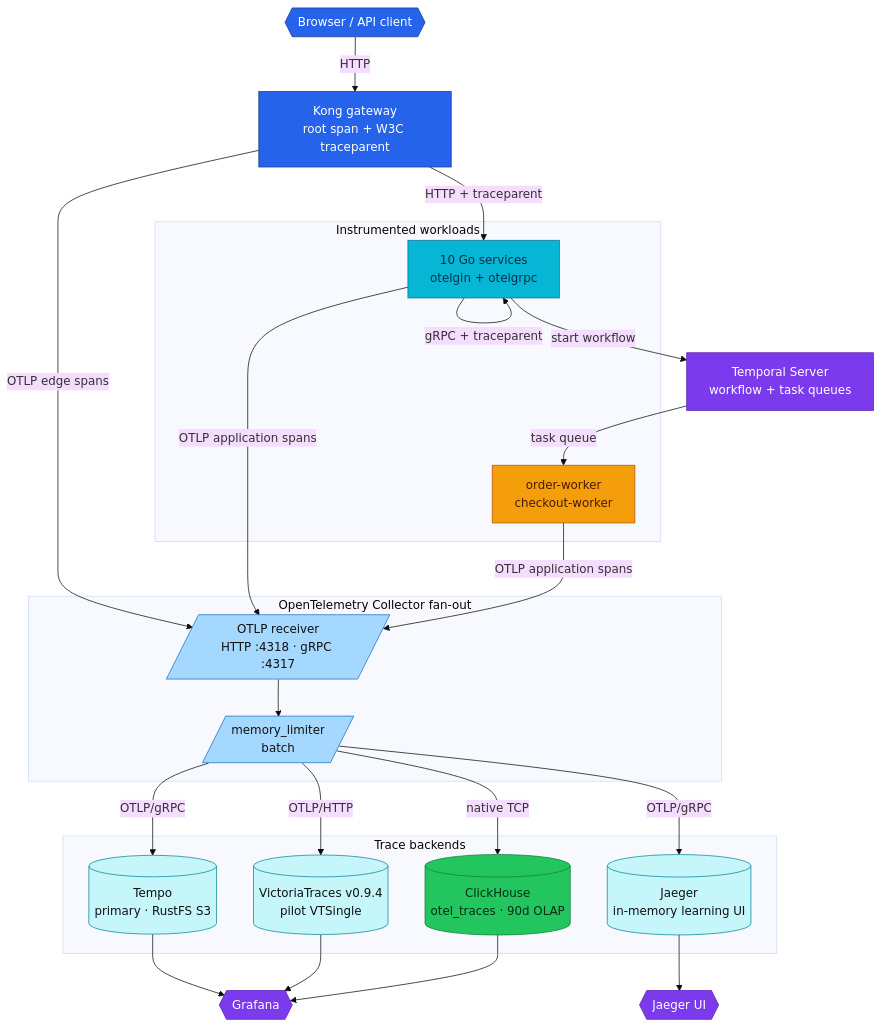
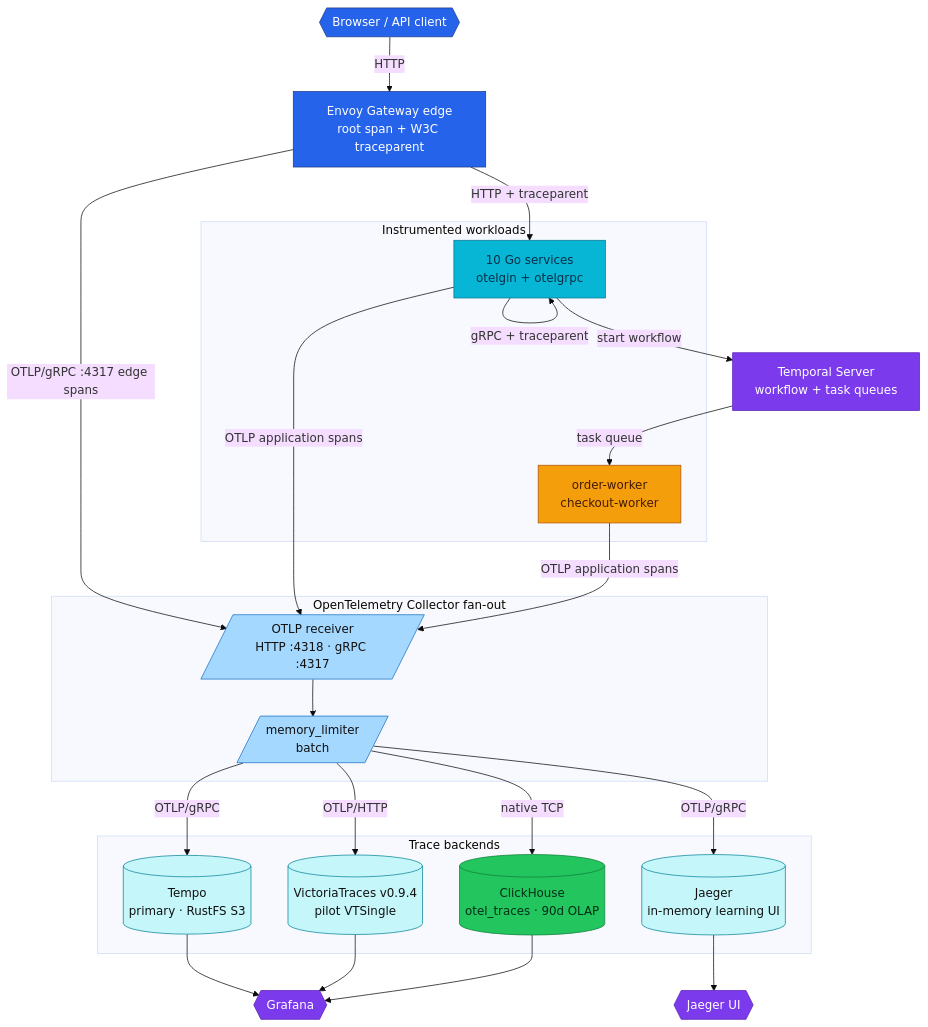
Before and after one commit to duynhlab/homelab: the first of 2 diagrams in docs/observability/tracing/architecture.md, drawn with Mermaid (base theme). The commit also changed other lines of this file and 30 other files, not shown here.

````diff
--- a/docs/observability/tracing/architecture.md
+++ b/docs/observability/tracing/architecture.md
@@ -11,59 +11,59 @@
 ```mermaid
 flowchart TB
     Client{{"Browser / API client"}}
-    Kong["Kong gateway<br/>root span + W3C traceparent"]
+    Edge["Envoy Gateway edge<br/>root span + W3C traceparent"]
 
     subgraph workloads["Instrumented workloads"]
         Services["10 Go services<br/>otelgin + otelgrpc"]
         Workers["order-worker<br/>checkout-worker"]
     end
     Temporal["Temporal Server<br/>workflow + task queues"]
 
 
     subgraph collectorNode["OpenTelemetry Collector fan-out"]
         Receiver[/"OTLP receiver<br/>HTTP :4318 · gRPC :4317"/]
         Processors[/"memory_limiter<br/>batch"/]
         Receiver --> Processors
     end
 
     subgraph backends["Trace backends"]
         Tempo[("Tempo<br/>primary · RustFS S3")]
         Jaeger[("Jaeger<br/>in-memory learning UI")]
         VT[("VictoriaTraces v0.9.4<br/>pilot VTSingle")]
         CH[("ClickHouse<br/>otel_traces · 90d OLAP")]
     end
 
     Grafana{{"Grafana"}}
     JaegerUI{{"Jaeger UI"}}
 
-    Client -->|"HTTP"| Kong
-    Kong -->|"HTTP + traceparent"| Services
+    Client -->|"HTTP"| Edge
+    Edge -->|"HTTP + traceparent"| Services
     Services -->|"gRPC + traceparent"| Services
     Services -->|"start workflow"| Temporal
     Temporal -->|"task queue"| Workers
-    Kong -->|"OTLP edge spans"| Receiver
+    Edge -->|"OTLP/gRPC :4317 edge spans"| Receiver
     Services & Workers -->|"OTLP application spans"| Receiver
     Processors -->|"OTLP/gRPC"| Tempo
     Processors -->|"OTLP/gRPC"| Jaeger
     Processors -->|"OTLP/HTTP"| VT
     Processors -->|"native TCP"| CH
     Tempo --> Grafana
     VT --> Grafana
     CH --> Grafana
     Jaeger --> JaegerUI
 
     classDef edge fill:#2563eb,color:#fff,stroke:#1e3a8a;
     classDef service fill:#06b6d4,color:#082f49,stroke:#0e7490;
     classDef worker fill:#f59e0b,color:#451a03,stroke:#b45309;
     classDef platform fill:#7c3aed,color:#fff,stroke:#5b21b6;
     classDef trace fill:#c5f6fa,color:#111,stroke:#0c8599;
     classDef collector fill:#a5d8ff,color:#111,stroke:#1971c2;
     classDef data fill:#22c55e,color:#052e16,stroke:#15803d;
-    class Client,Kong edge;
+    class Client,Edge edge;
     class Services service;
     class Workers worker;
     class Receiver,Processors collector;
     class Tempo,Jaeger,VT trace;
     class CH data;
     class Temporal,Grafana,JaegerUI platform;
 ```
````
